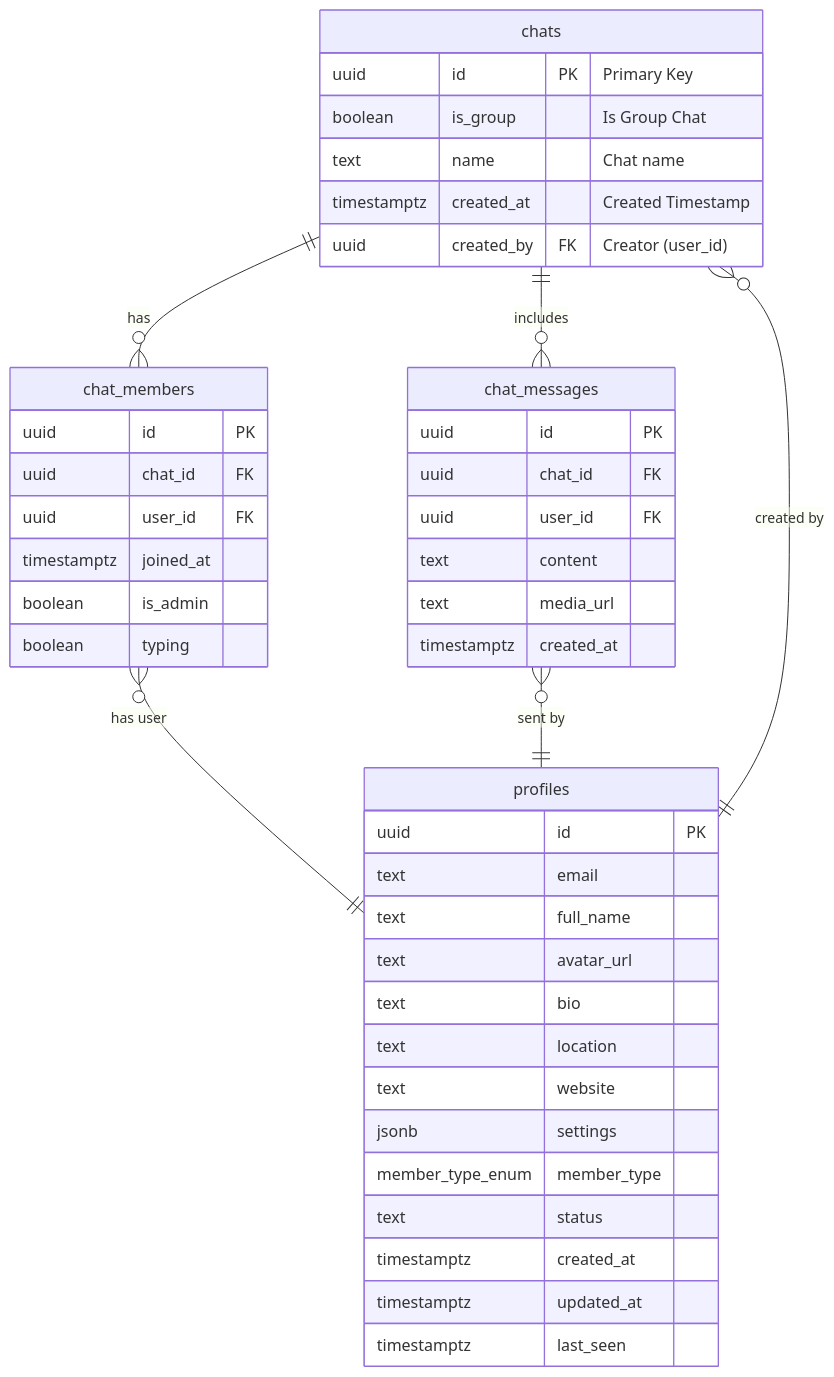
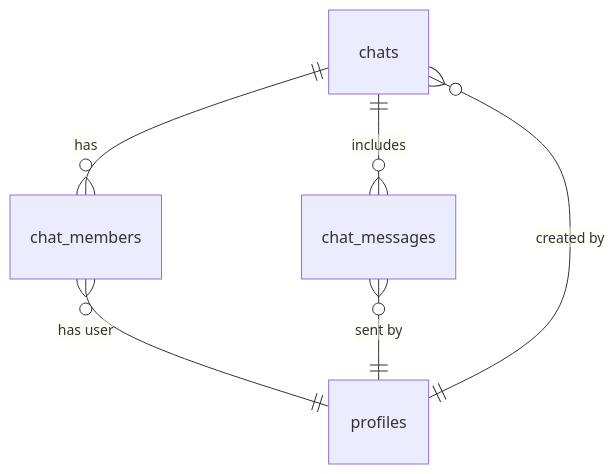
Before and after one commit to HackyCoder0951/focus_hub: diagram 39 of 53 in docs/SYSTEM_DESIGN.md, drawn with Mermaid. The commit also changed other lines of this file, not shown here.

Commit message:
Refactor SYSTEM_DESIGN.md by removing redundant fields from the database schema diagrams for chats, chat members, chat messages, and profiles. This streamlines the documentation and focuses on essential attributes, improving clarity and usability.

````diff
--- a/docs/SYSTEM_DESIGN.md
+++ b/docs/SYSTEM_DESIGN.md
@@ -607,46 +607,20 @@
 ```mermaid
 erDiagram
   chats {
-    uuid id PK "Primary Key"
-    boolean is_group "Is Group Chat"
-    text name "Chat name"
-    timestamptz created_at "Created Timestamp"
-    uuid created_by FK "Creator (user_id)"
+
   }
   chat_members {
-    uuid id PK
-    uuid chat_id FK
-    uuid user_id FK
-    timestamptz joined_at
-    boolean is_admin
-    boolean typing
+
   }
   chat_messages {
-    uuid id PK
-    uuid chat_id FK
-    uuid user_id FK
-    text content
-    text media_url
-    timestamptz created_at
+
   }
   profiles {
-    uuid id PK
-    text email
-    text full_name
-    text avatar_url
-    text bio
-    text location
-    text website
-    jsonb settings
-    member_type_enum member_type
-    text status
-    timestamptz created_at
-    timestamptz updated_at
-    timestamptz last_seen
+   
   }
   chats ||--o{ chat_members : "has"
   chats ||--o{ chat_messages : "includes"
   chat_members }o--|| profiles : "has user"
   chat_messages }o--|| profiles : "sent by"
   chats }o--|| profiles : "created by"
 ```
````
